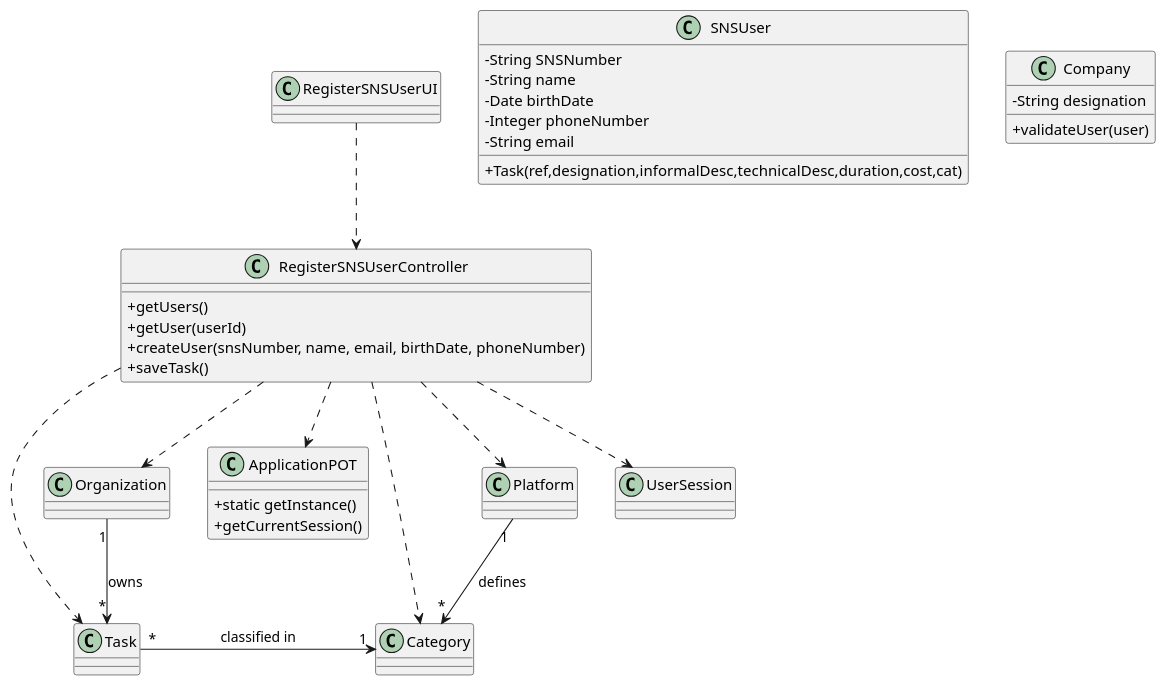
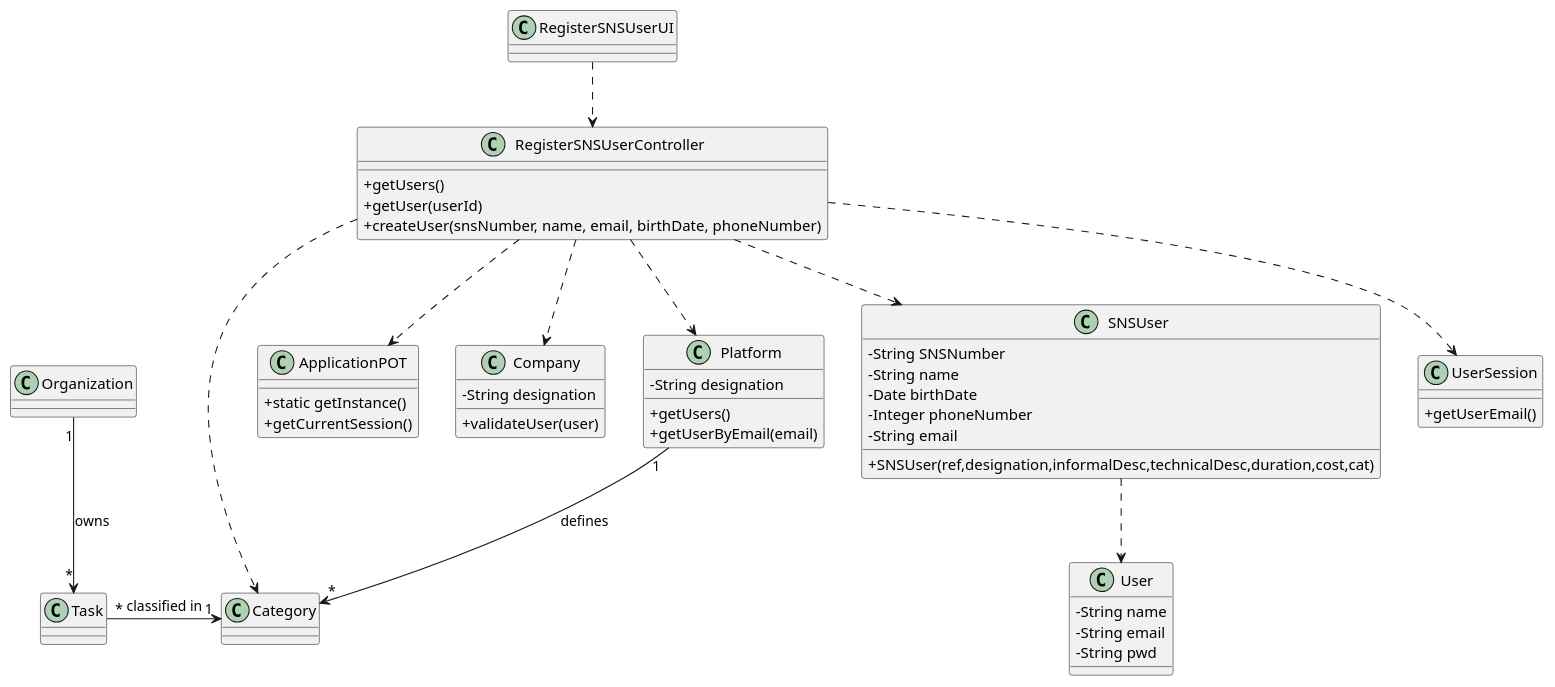
One commit to miseEnPlace-i/lapr2 changed the diagram in docs/SprintB/US03/CD/US03_CD.puml. Above: the diagram before and after it, drawn with PlantUML.

Commit message:
docs(US03): update CD

```diff
--- a/docs/SprintB/US03/CD/US03_CD.puml
+++ b/docs/SprintB/US03/CD/US03_CD.puml
@@ -1,46 +1,62 @@
 @startuml
 skinparam classAttributeIconSize 0
 
-class ApplicationPOT
-{
-  +static getInstance()
-  +getCurrentSession()
-}
-
-class SNSUser {
-  -String SNSNumber
-  -String name
-  -Date birthDate
-  -Integer phoneNumber
-  -String email
-  +Task(ref,designation,informalDesc,technicalDesc,duration,cost,cat)
+class ApplicationPOT {
+  + static getInstance()
+  + getCurrentSession()
 }
 
 class Company {
-  -String designation
-  +validateUser(user)
+  - String designation
+  + validateUser(user)
+}
+
+class Platform {
+  - String designation
+  + getUsers()
+  + getUserByEmail(email)
 }
 
 class RegisterSNSUserController {
-  +getUsers()
-  +getUser(userId)
-  +createUser(snsNumber, name, email, birthDate, phoneNumber)
-  +saveTask()
+  + getUsers()
+  + getUser(userId)
+  + createUser(snsNumber, name, email, birthDate, phoneNumber)
 }
 
-class RegisterSNSUserUI {
+class RegisterSNSUserUI { }
+
+class SNSUser {
+  - String SNSNumber
+  - String name
+  - Date birthDate
+  - Integer phoneNumber
+  - String email
+  + SNSUser(ref,designation,informalDesc,technicalDesc,duration,cost,cat)
 }
 
+class User {
+  - String name
+  - String email
+  - String pwd
+}
+
+class UserSession {
+  + getUserEmail()
+}
+
+RegisterSNSUserController ..> ApplicationPOT
+RegisterSNSUserController ..> Category
+RegisterSNSUserController ..> Company
+RegisterSNSUserController ..> Platform
+RegisterSNSUserController ..> SNSUser
+RegisterSNSUserController ..> UserSession
+
 RegisterSNSUserUI ..> RegisterSNSUserController
-RegisterSNSUserController ..> Platform
-RegisterSNSUserController ..> Category
-RegisterSNSUserController ..> Task
-RegisterSNSUserController ..> Organization
-RegisterSNSUserController ..> ApplicationPOT
-RegisterSNSUserController ..> UserSession
+
+SNSUser ..> User
+
 Task "*" -> "1" Category : classified in
 Platform "1" --> "*" Category : defines
 Organization "1" --> "*" Task : owns
 
-
 @enduml
```
